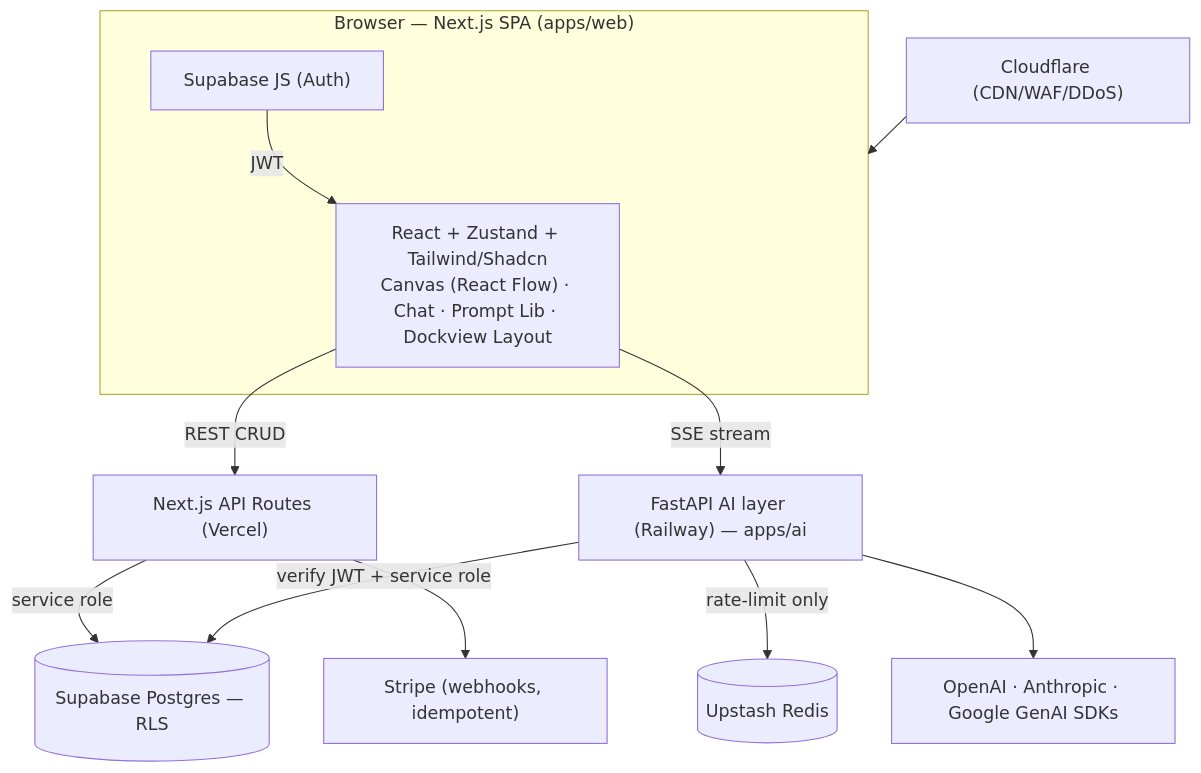
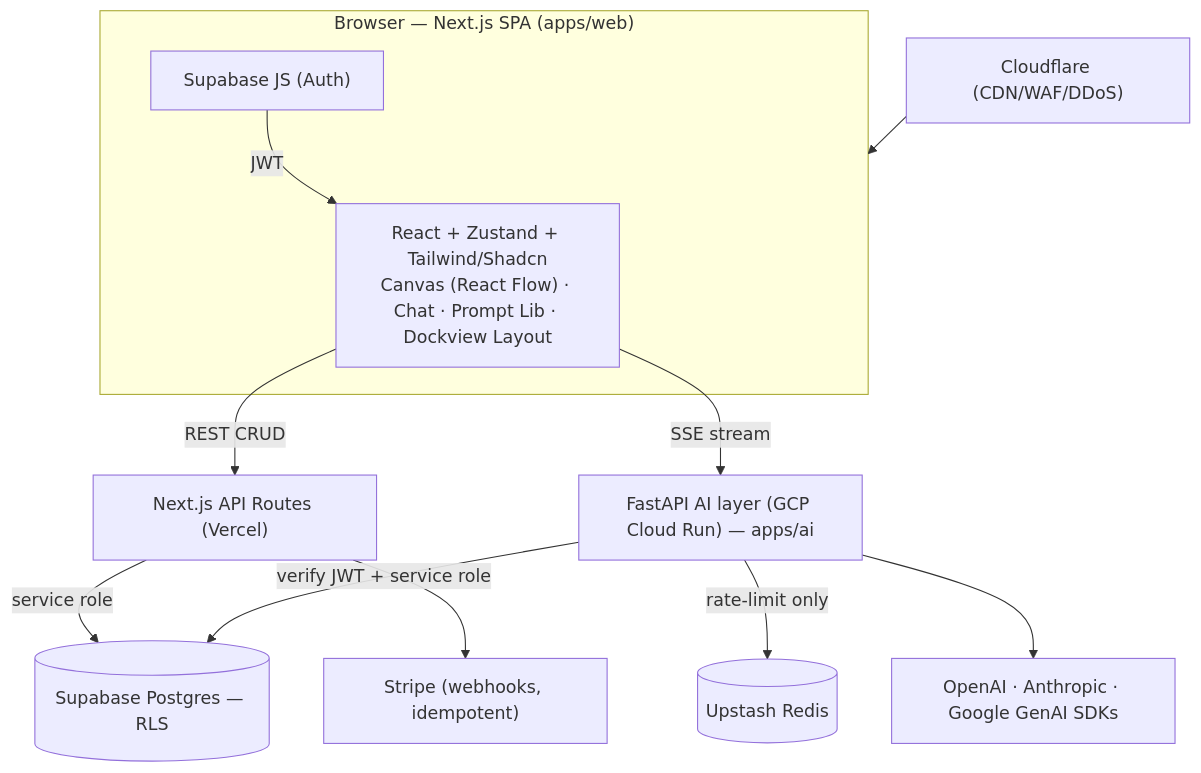
Before and after one commit to smitp1402/chatGRP: the diagram in PROJECT_PLAN.md, drawn with Mermaid. The commit also changed other lines of this file and 21 other files, not shown here.

````diff
--- a/PROJECT_PLAN.md
+++ b/PROJECT_PLAN.md
@@ -74,19 +82,19 @@
 ```mermaid
 flowchart TD
   subgraph Browser["Browser — Next.js SPA (apps/web)"]
     UI["React + Zustand + Tailwind/Shadcn\nCanvas (React Flow) · Chat · Prompt Lib · Dockview Layout"]
     SB["Supabase JS (Auth)"]
   end
 
   UI -->|REST CRUD| NEXT["Next.js API Routes (Vercel)"]
-  UI -->|SSE stream| FAST["FastAPI AI layer (Railway) — apps/ai"]
+  UI -->|SSE stream| FAST["FastAPI AI layer (GCP Cloud Run) — apps/ai"]
   SB -->|JWT| UI
 
   NEXT -->|"service role"| DB[("Supabase Postgres — RLS")]
   FAST -->|"verify JWT + service role"| DB
   FAST -->|rate-limit only| REDIS[("Upstash Redis")]
   NEXT --> STRIPE["Stripe (webhooks, idempotent)"]
   FAST --> AISDK["OpenAI · Anthropic · Google GenAI SDKs"]
 
   CF["Cloudflare (CDN/WAF/DDoS)"] --> Browser
 ```
````
